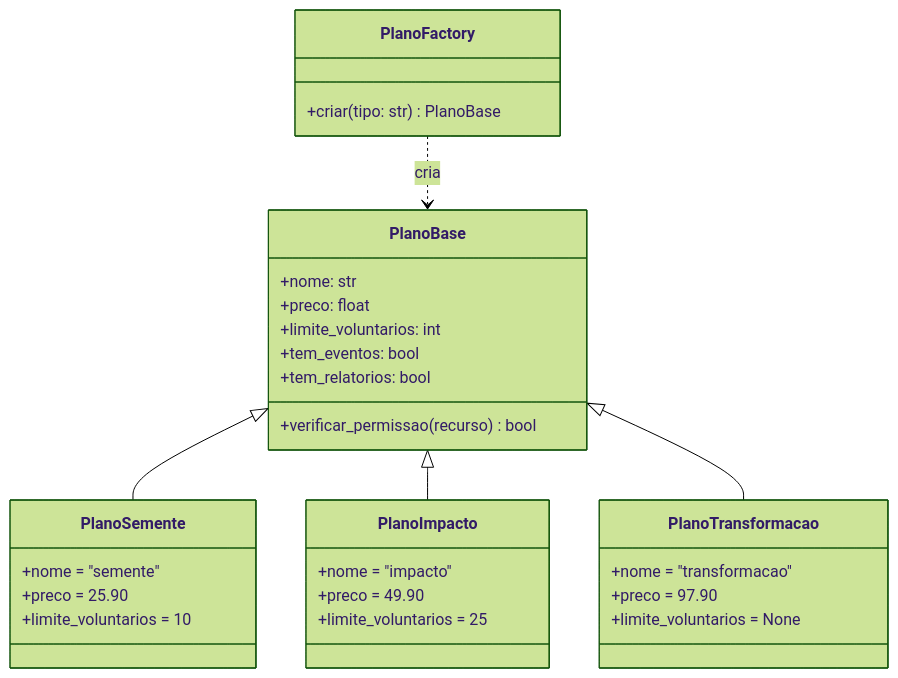
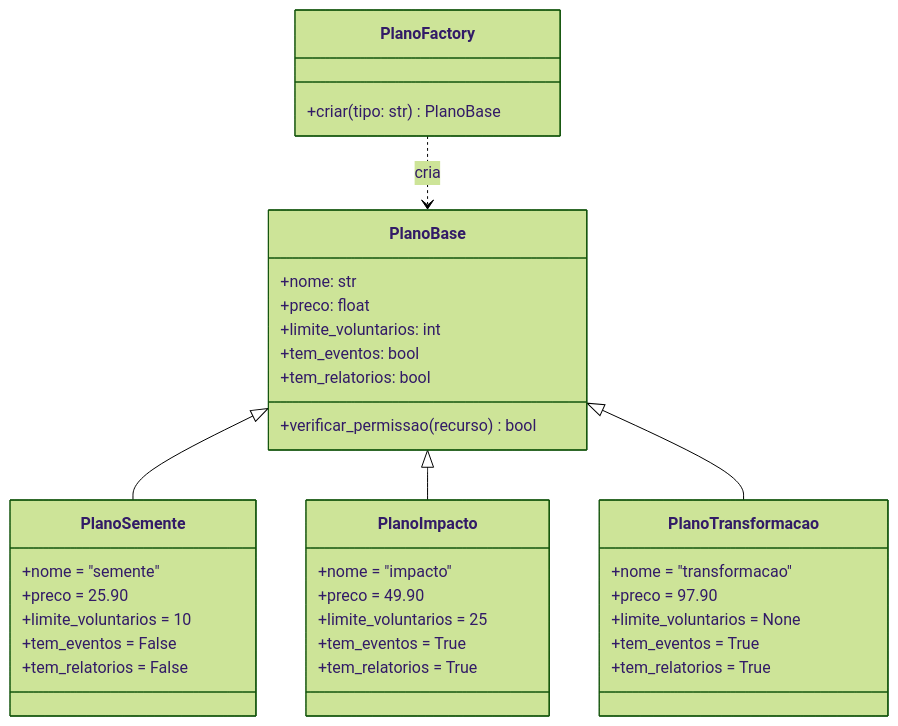
One commit to mariadinizrosa/HubSocial_Projeto changed the second of 4 diagrams in Padroesgof.md. Above: the diagram before and after it, drawn with Mermaid (forest theme). The commit also changed other lines of this file, not shown here.

````diff
--- a/Padroesgof.md
+++ b/Padroesgof.md
@@ -80,34 +77,40 @@
 ```mermaid
 classDiagram
   class PlanoBase {
     +nome: str
     +preco: float
     +limite_voluntarios: int
     +tem_eventos: bool
     +tem_relatorios: bool
     +verificar_permissao(recurso) bool
   }
   class PlanoSemente {
     +nome = "semente"
     +preco = 25.90
     +limite_voluntarios = 10
+    +tem_eventos = False
+    +tem_relatorios = False
   }
   class PlanoImpacto {
     +nome = "impacto"
     +preco = 49.90
     +limite_voluntarios = 25
+    +tem_eventos = True
+    +tem_relatorios = True
   }
   class PlanoTransformacao {
     +nome = "transformacao"
     +preco = 97.90
     +limite_voluntarios = None
+    +tem_eventos = True
+    +tem_relatorios = True
   }
   class PlanoFactory {
     +criar(tipo: str) PlanoBase
   }
 
   PlanoBase <|-- PlanoSemente
   PlanoBase <|-- PlanoImpacto
   PlanoBase <|-- PlanoTransformacao
   PlanoFactory ..> PlanoBase : cria
 ```
````
